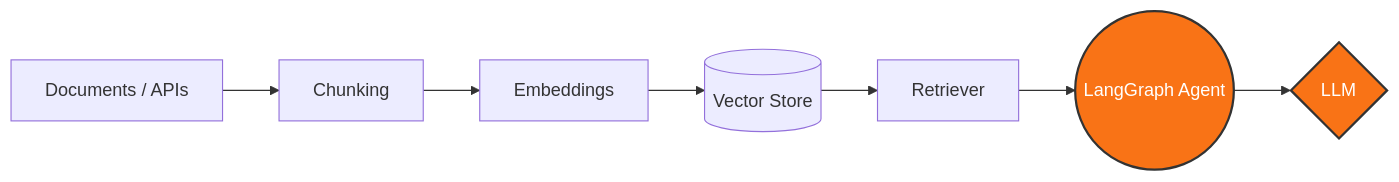
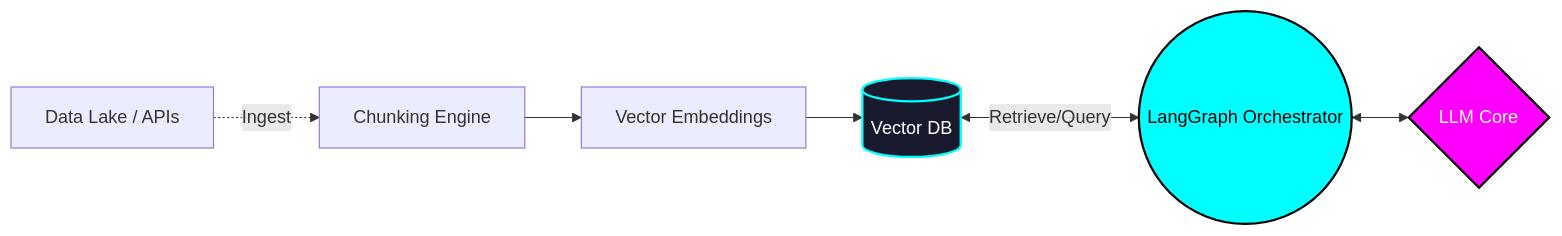
Before and after one commit to sahilwagh99/sahilwagh99: the first of 2 diagrams in README.md, drawn with Mermaid. The commit also changed other lines of this file, not shown here.

````diff
--- a/README.md
+++ b/README.md
@@ -87,12 +82,12 @@
 ```mermaid
 graph LR
-    A[Documents / APIs] --> B[Chunking]
-    B --> C[Embeddings]
-    C --> D[(Vector Store)]
-    D --> E[Retriever]
-    E --> F((LangGraph Agent))
-    F --> G{LLM}
+    A[Data Lake / APIs] -.->|Ingest| B[Chunking Engine]
+    B --> C[Vector Embeddings]
+    C --> D[(Vector DB)]
+    D <-->|Retrieve/Query| E((LangGraph Orchestrator))
+    E <--> F{LLM Core}
     
-    style F fill:#f97316,stroke:#333,stroke-width:2px,color:#fff
-    style G fill:#f97316,stroke:#333,stroke-width:2px,color:#fff
+    style E fill:#00FFFF,stroke:#000,stroke-width:2px,color:#000
+    style F fill:#FF00FF,stroke:#000,stroke-width:2px,color:#fff
+    style D fill:#1A1A2E,stroke:#00FFFF,stroke-width:2px,color:#fff
 ```
````
